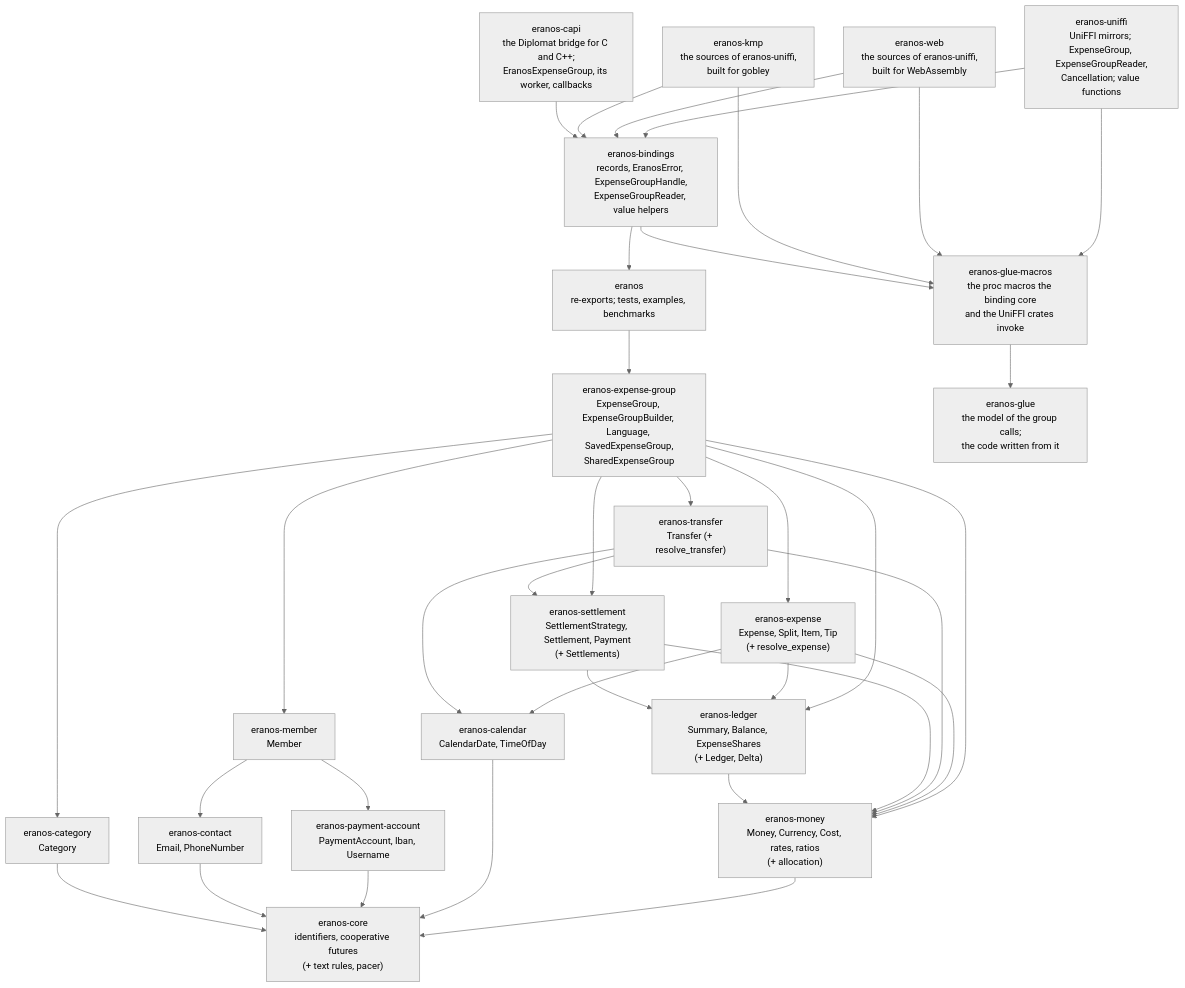
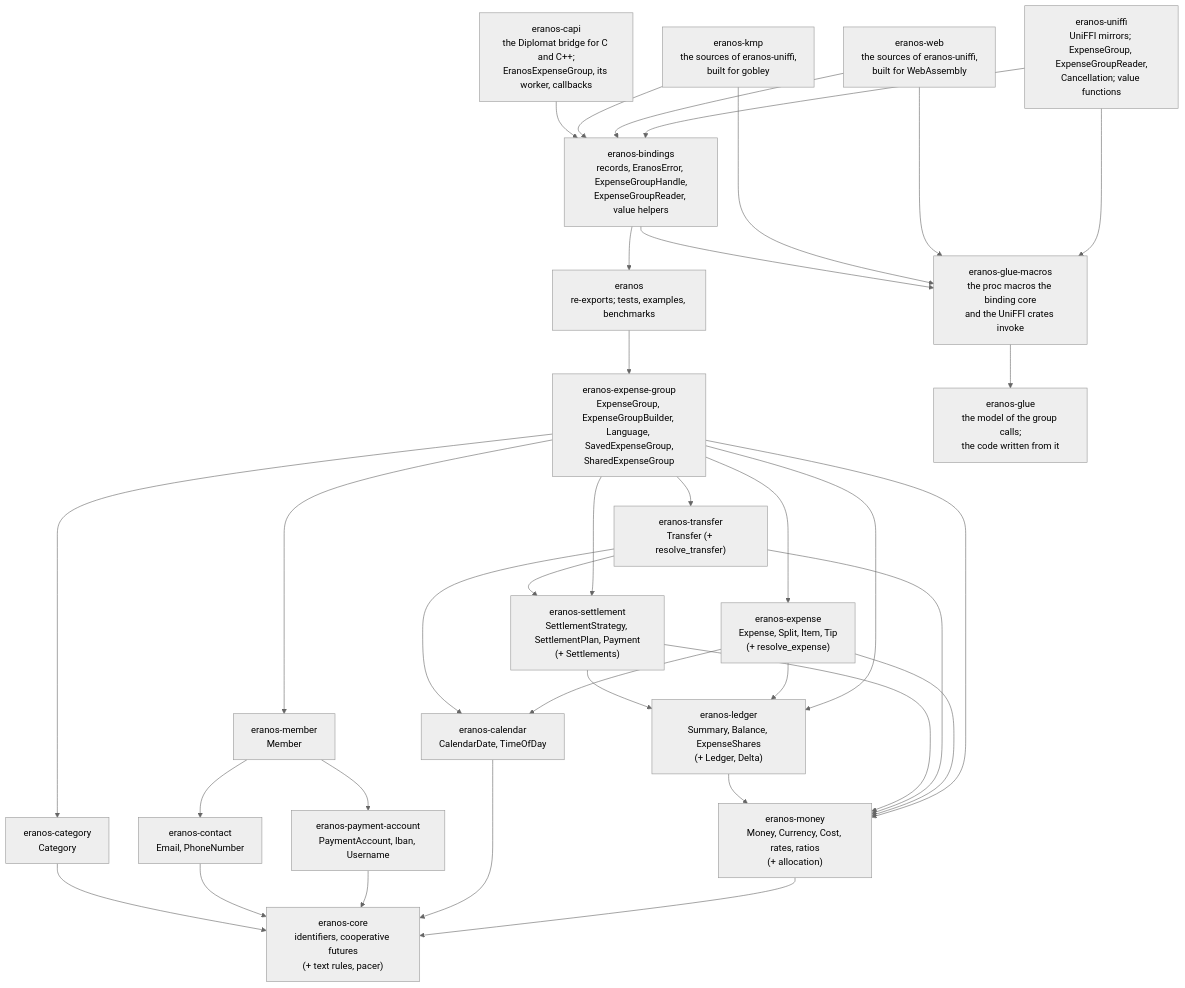
Before and after one commit to cristiancristea00/eranos: the first of 3 diagrams in docs/ARCHITECTURE.md, drawn with Mermaid (neutral theme). The commit also changed other lines of this file and 74 other files, not shown here.

````diff
--- a/docs/ARCHITECTURE.md
+++ b/docs/ARCHITECTURE.md
@@ -86,57 +86,57 @@
 ```mermaid
 flowchart TD
     UNIFFI["eranos-uniffi<br/>UniFFI mirrors; ExpenseGroup, ExpenseGroupReader,<br/>Cancellation; value functions"]
     WEB["eranos-web<br/>the sources of eranos-uniffi,<br/>built for WebAssembly"]
     KMP["eranos-kmp<br/>the sources of eranos-uniffi,<br/>built for gobley"]
     CAPI["eranos-capi<br/>the Diplomat bridge for C and C++;<br/>EranosExpenseGroup, its worker, callbacks"]
     BINDINGS["eranos-bindings<br/>records, EranosError, ExpenseGroupHandle,<br/>ExpenseGroupReader, value helpers"]
     FACADE["eranos<br/>re-exports; tests, examples, benchmarks"]
     EXPENSE_GROUP["eranos-expense-group<br/>ExpenseGroup, ExpenseGroupBuilder, Language, SavedExpenseGroup,<br/>SharedExpenseGroup"]
     EXPENSE["eranos-expense<br/>Expense, Split, Item, Tip<br/>(+ resolve_expense)"]
     TRANSFER["eranos-transfer<br/>Transfer (+ resolve_transfer)"]
     MEMBER["eranos-member<br/>Member"]
     CATEGORY["eranos-category<br/>Category"]
-    SETTLEMENT["eranos-settlement<br/>SettlementStrategy, Settlement, Payment<br/>(+ Settlements)"]
+    SETTLEMENT["eranos-settlement<br/>SettlementStrategy, SettlementPlan, Payment<br/>(+ Settlements)"]
     PAYMENT_ACCOUNT["eranos-payment-account<br/>PaymentAccount, Iban, Username"]
     CONTACT["eranos-contact<br/>Email, PhoneNumber"]
     LEDGER["eranos-ledger<br/>Summary, Balance, ExpenseShares<br/>(+ Ledger, Delta)"]
     CALENDAR["eranos-calendar<br/>CalendarDate, TimeOfDay"]
     MONEY["eranos-money<br/>Money, Currency, Cost, rates, ratios<br/>(+ allocation)"]
     CORE["eranos-core<br/>identifiers, cooperative futures<br/>(+ text rules, pacer)"]
     MACROS["eranos-glue-macros<br/>the proc macros the binding core<br/>and the UniFFI crates invoke"]
     GLUE["eranos-glue<br/>the model of the group calls;<br/>the code written from it"]
     UNIFFI --> BINDINGS
     WEB --> BINDINGS
     KMP --> BINDINGS
     UNIFFI --> MACROS
     WEB --> MACROS
     KMP --> MACROS
     CAPI --> BINDINGS
     BINDINGS --> FACADE
     BINDINGS --> MACROS
     MACROS --> GLUE
     FACADE --> EXPENSE_GROUP
     EXPENSE_GROUP --> EXPENSE
     EXPENSE_GROUP --> TRANSFER
     EXPENSE_GROUP --> MEMBER
     EXPENSE_GROUP --> CATEGORY
     EXPENSE_GROUP --> SETTLEMENT
     EXPENSE_GROUP --> LEDGER
     EXPENSE_GROUP --> MONEY
     EXPENSE --> LEDGER
     EXPENSE --> CALENDAR
     EXPENSE --> MONEY
     TRANSFER --> SETTLEMENT
     TRANSFER --> CALENDAR
     TRANSFER --> MONEY
     MEMBER --> PAYMENT_ACCOUNT
     MEMBER --> CONTACT
     SETTLEMENT --> LEDGER
     SETTLEMENT --> MONEY
     LEDGER --> MONEY
     MONEY --> CORE
     CALENDAR --> CORE
     PAYMENT_ACCOUNT --> CORE
     CONTACT --> CORE
     CATEGORY --> CORE
 ```
````
